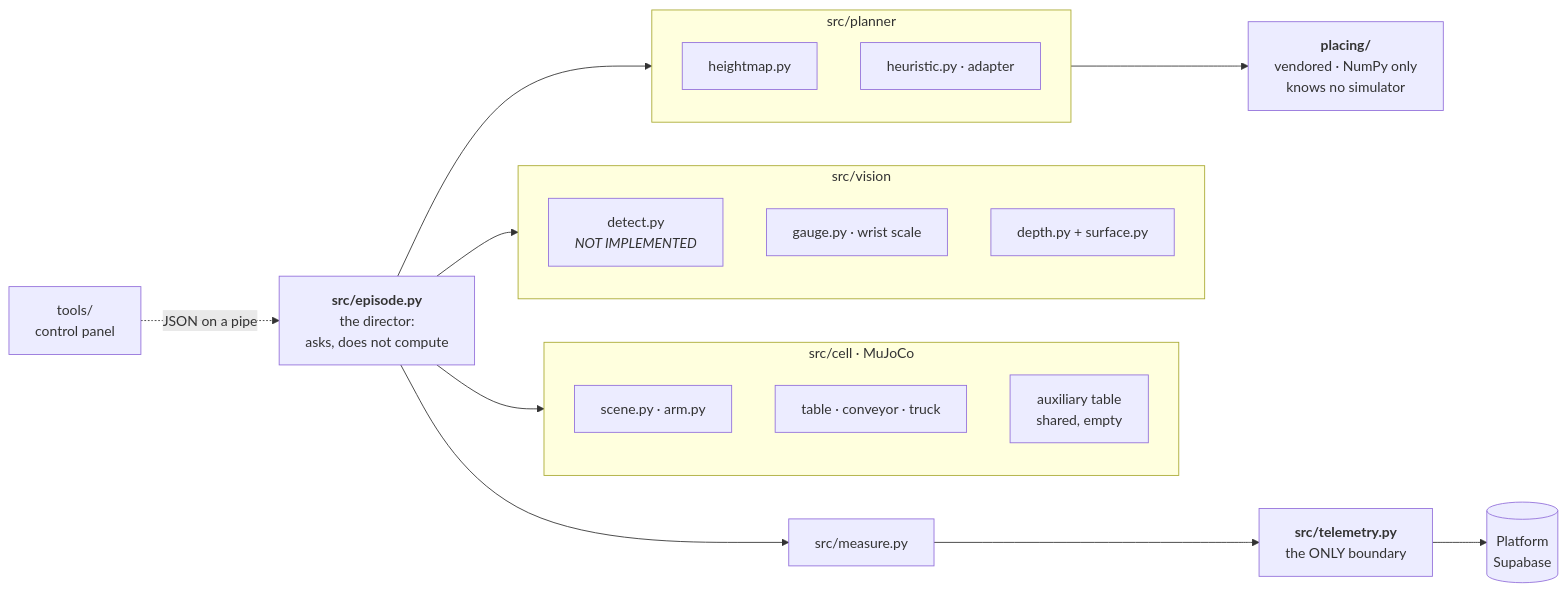
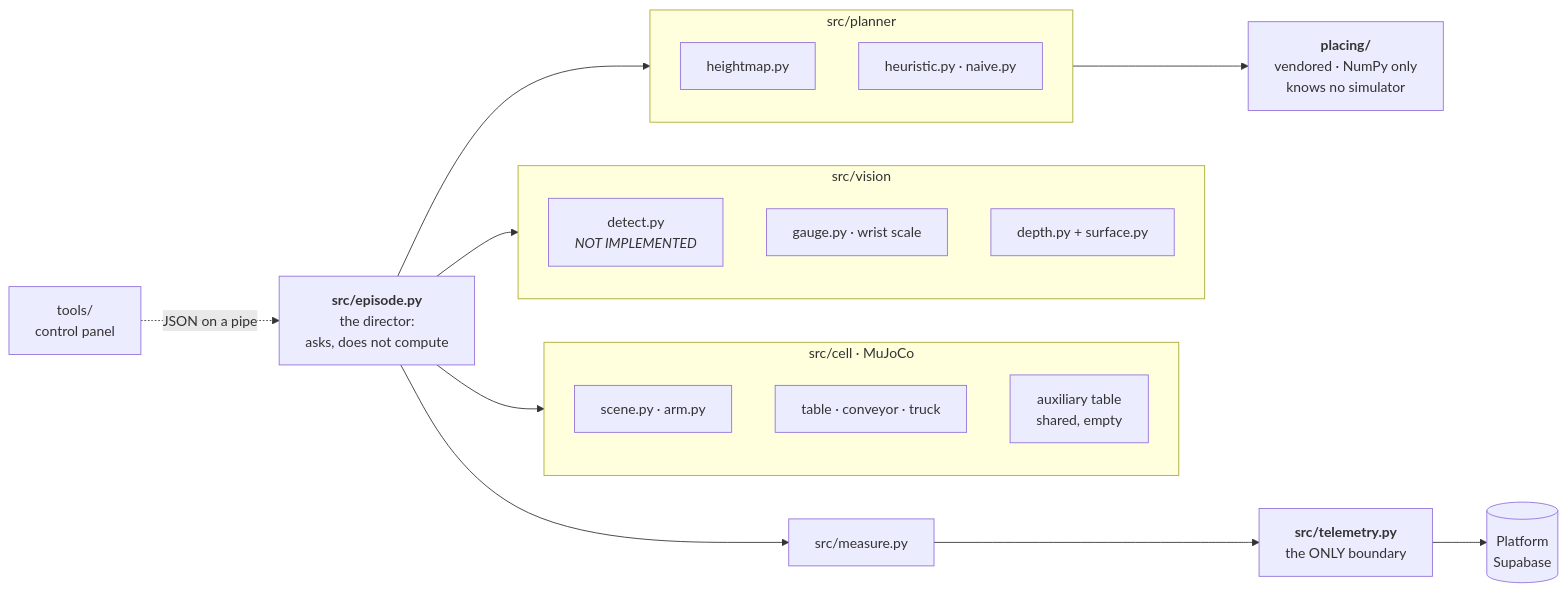
The second of 2 diagrams in README.md (STACKSPECT/Simulation), drawn with Mermaid before and after one commit. The commit also changed other lines of this file and 4 other files, not shown here.

````diff
--- a/README.md
+++ b/README.md
@@ -197,31 +174,31 @@
 ```mermaid
 flowchart LR
     PAN["tools/<br>control panel"] -. "JSON on a pipe" .-> EP
     EP["<b>src/episode.py</b><br>the director:<br>asks, does not compute"]
     EP --> CEL
     EP --> VIS
     EP --> PLN
     EP --> MEA
 
     subgraph CEL["src/cell · MuJoCo"]
         direction TB
         ARM["scene.py · arm.py"]
         SUP["table · conveyor · truck"]
         AUX["auxiliary table<br>shared, empty"]
     end
     subgraph VIS["src/vision"]
         direction TB
         DET["detect.py<br><i>NOT IMPLEMENTED</i>"]
         GAU["gauge.py · wrist scale"]
         DEP["depth.py + surface.py"]
     end
     subgraph PLN["src/planner"]
         direction TB
         HM["heightmap.py"]
-        HEU["heuristic.py · adapter"]
+        HEU["heuristic.py · naive.py"]
     end
 
     HEU --> PLC["<b>placing/</b><br>vendored · NumPy only<br>knows no simulator"]
     MEA["src/measure.py"] --> TEL["<b>src/telemetry.py</b><br>the ONLY boundary"]
     TEL --> PLT[("Platform<br>Supabase")]
 ```
````
